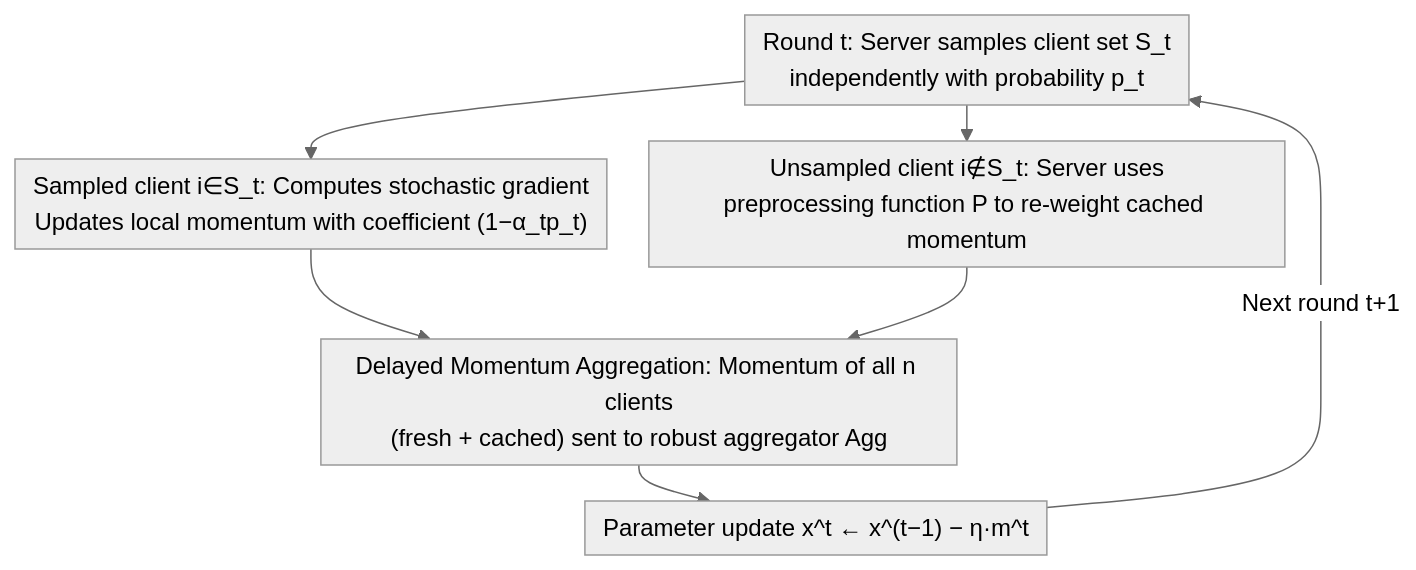
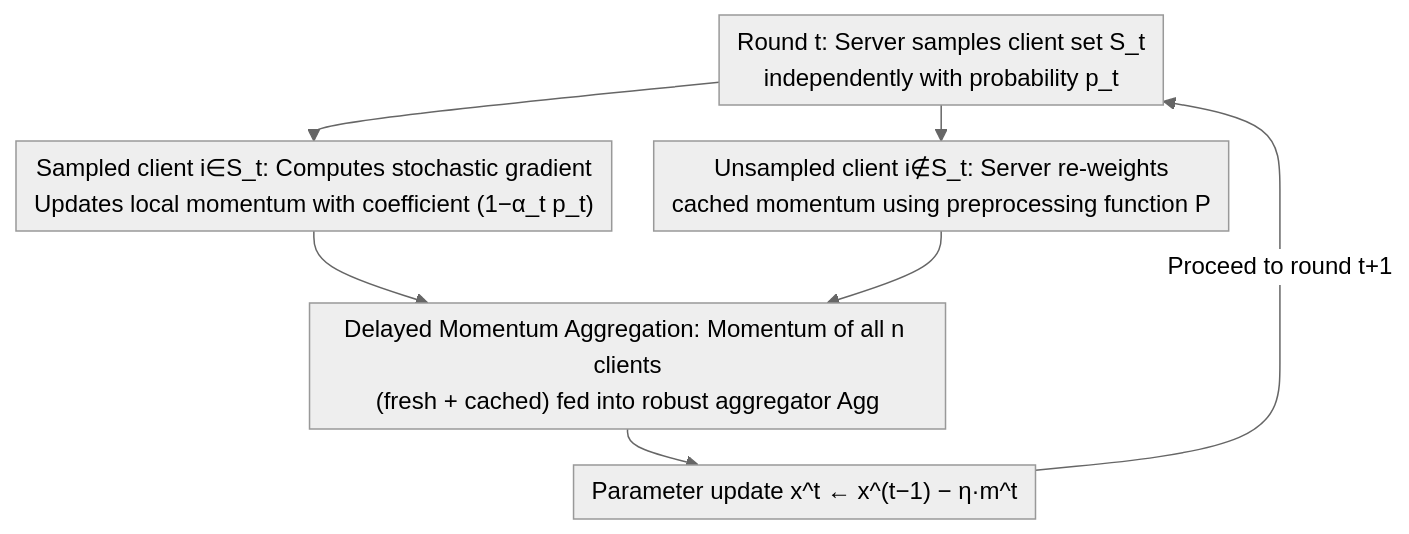
One commit to zhaoyang97/Paper-Notes-en changed the diagram in docs/ICML2026/optimization/delayed_momentum_aggregation_communication-efficient_byzantine-robust_federated_.md. Above: the diagram before and after it, drawn with Mermaid (neutral theme). The commit also changed other lines of this file and 5084 other files, not shown here.

````diff
--- a/docs/ICML2026/optimization/delayed_momentum_aggregation_communication-efficient_byzantine-robust_federated_.md
+++ b/docs/ICML2026/optimization/delayed_momentum_aggregation_communication-efficient_byzantine-robust_federated_.md
@@ -42,11 +42,11 @@
 ```mermaid
 %%{init: {'flowchart': {'rankSpacing': 24, 'nodeSpacing': 28, 'padding': 6, 'wrappingWidth': 400}}}%%
 flowchart TD
     A["Round t: Server samples client set S_t<br/>independently with probability p_t"]
-    A --> B["Sampled client i∈S_t: Computes stochastic gradient<br/>Updates local momentum with coefficient (1−α_tp_t)"]
-    A --> C["Unsampled client i∉S_t: Server uses<br/>preprocessing function P to re-weight cached momentum"]
-    B --> D["Delayed Momentum Aggregation: Momentum of all n clients<br/>(fresh + cached) sent to robust aggregator Agg"]
+    A --> B["Sampled client i∈S_t: Computes stochastic gradient<br/>Updates local momentum with coefficient (1−α_t p_t)"]
+    A --> C["Unsampled client i∉S_t: Server re-weights<br/>cached momentum using preprocessing function P"]
+    B --> D["Delayed Momentum Aggregation: Momentum of all n clients<br/>(fresh + cached) fed into robust aggregator Agg"]
     C --> D
     D --> E["Parameter update x^t ← x^(t−1) − η·m^t"]
-    E -->|Next round t+1| A
+    E -->|Proceed to round t+1| A
 ```
````
